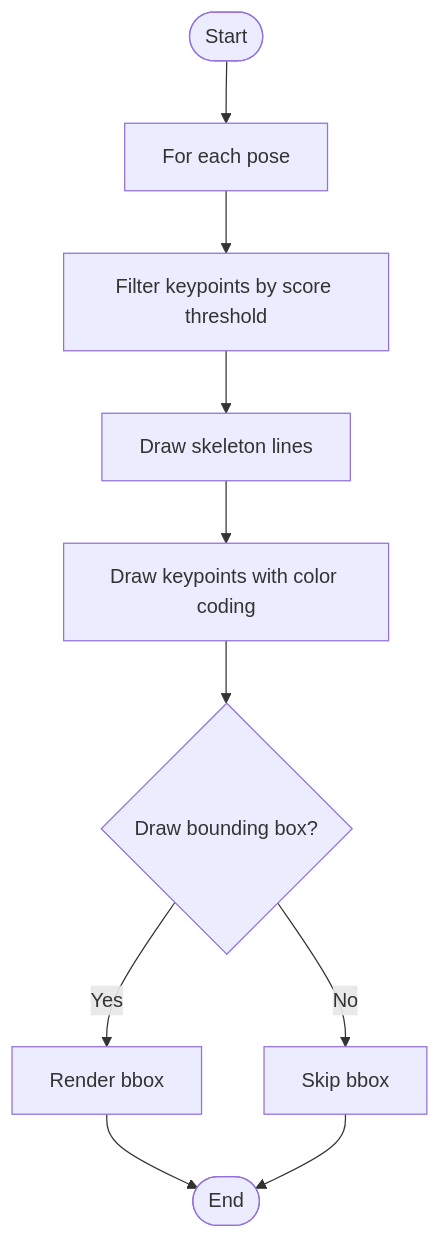
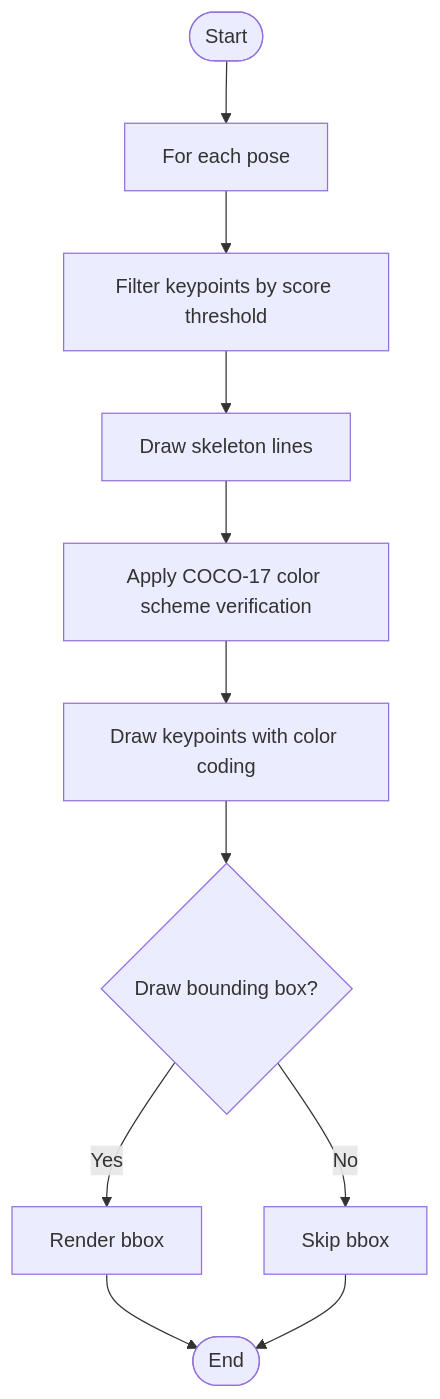
The eighth of 9 diagrams in .qoder/repowiki/en/content/Monitoring and Analytics/Evaluation Utilities.md (Fogus-Gr/MeasurementsDTs), drawn with Mermaid before and after one commit. The commit also changed other lines of this file and 12 other files, not shown here.

````diff
--- a/.qoder/repowiki/en/content/Monitoring and Analytics/Evaluation Utilities.md
+++ b/.qoder/repowiki/en/content/Monitoring and Analytics/Evaluation Utilities.md
@@ -301,12 +319,13 @@
 ```mermaid
 flowchart TD
 VStart(["Start"]) --> LoopPoses["For each pose"]
 LoopPoses --> Filter["Filter keypoints by score threshold"]
 Filter --> Lines["Draw skeleton lines"]
-Lines --> Circles["Draw keypoints with color coding"]
+Lines --> ColorScheme["Apply COCO-17 color scheme verification"]
+ColorScheme --> Circles["Draw keypoints with color coding"]
 Circles --> Box{"Draw bounding box?"}
 Box --> |Yes| DrawBox["Render bbox"]
 Box --> |No| SkipBox["Skip bbox"]
 DrawBox --> VEnd(["End"])
 SkipBox --> VEnd
 ```
````
